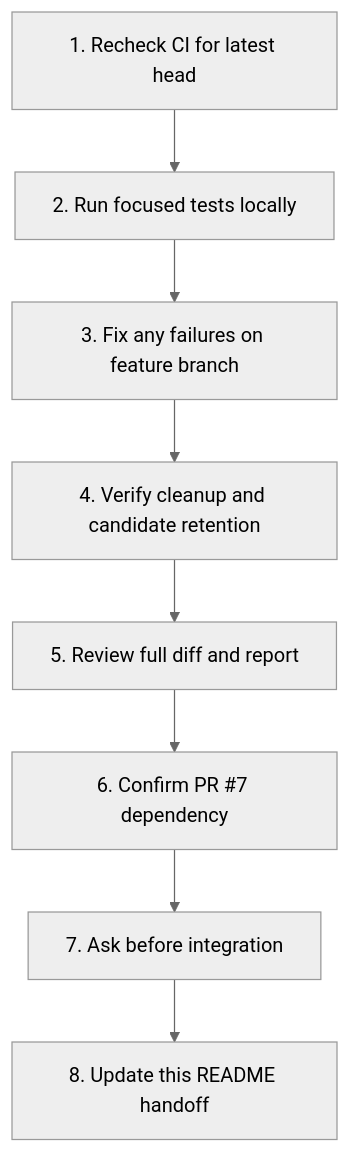
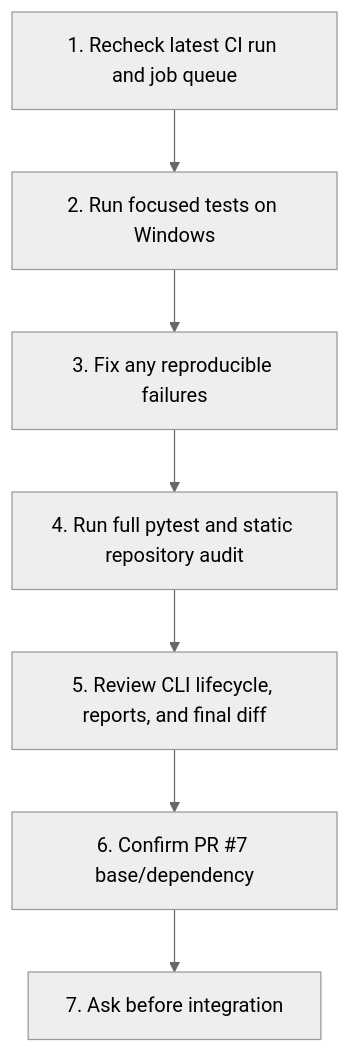
Before and after one commit to deathkernel/TARA: the sixth of 7 diagrams in README.md, drawn with Mermaid (neutral theme). The commit also changed other lines of this file, not shown here.

Commit message:
docs: refresh TARA validation handoff and pending blockers

````diff
--- a/README.md
+++ b/README.md
@@ -145,10 +131,9 @@
 ```mermaid
 flowchart TD
-    N1[1. Recheck CI for latest head] --> N2[2. Run focused tests locally]
-    N2 --> N3[3. Fix any failures on feature branch]
-    N3 --> N4[4. Verify cleanup and candidate retention]
-    N4 --> N5[5. Review full diff and report]
-    N5 --> N6[6. Confirm PR #7 dependency]
+    N1[1. Recheck latest CI run and job queue] --> N2[2. Run focused tests on Windows]
+    N2 --> N3[3. Fix any reproducible failures]
+    N3 --> N4[4. Run full pytest and static repository audit]
+    N4 --> N5[5. Review CLI lifecycle, reports, and final diff]
+    N5 --> N6[6. Confirm PR #7 base/dependency]
     N6 --> N7[7. Ask before integration]
-    N7 --> N8[8. Update this README handoff]
 ```
````
